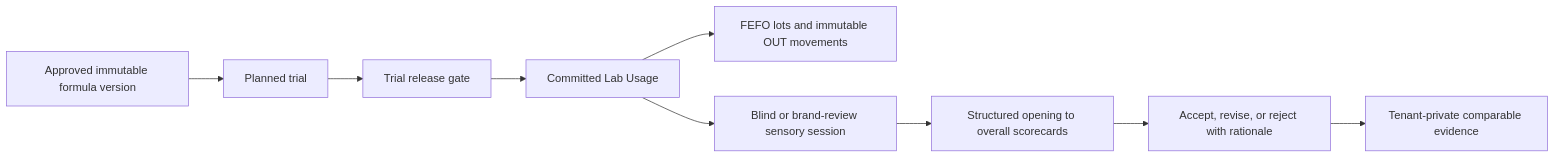
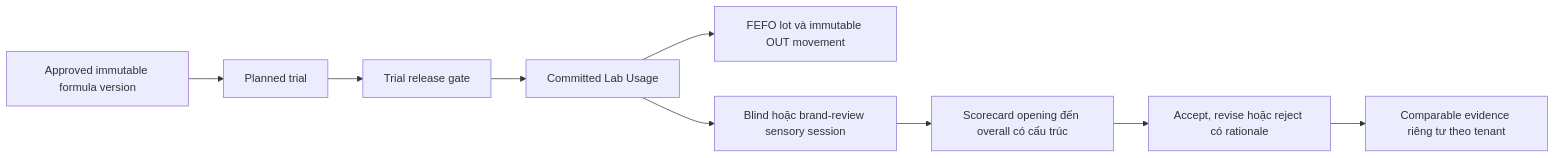
One commit to MutAquaticStudio/OlfactoryOps changed the fifth of 5 diagrams in README.md. Above: the diagram before and after it, drawn with Mermaid. The commit also changed other lines of this file, not shown here.

````diff
--- a/README.md
+++ b/README.md
@@ -148,11 +148,11 @@
-```mermaid
+~~~mermaid
 flowchart LR
   Version["Approved immutable formula version"] --> Trial["Planned trial"]
   Trial --> Release["Trial release gate"]
   Release --> Weigh["Committed Lab Usage"]
-  Weigh --> Ledger["FEFO lots and immutable OUT movements"]
-  Weigh --> Session["Blind or brand-review sensory session"]
-  Session --> Scores["Structured opening to overall scorecards"]
-  Scores --> Decision["Accept, revise, or reject with rationale"]
-  Decision --> Evidence["Tenant-private comparable evidence"]
-```
+  Weigh --> Ledger["FEFO lot và immutable OUT movement"]
+  Weigh --> Session["Blind hoặc brand-review sensory session"]
+  Session --> Scores["Scorecard opening đến overall có cấu trúc"]
+  Scores --> Decision["Accept, revise hoặc reject có rationale"]
+  Decision --> Evidence["Comparable evidence riêng tư theo tenant"]
+~~~
````
